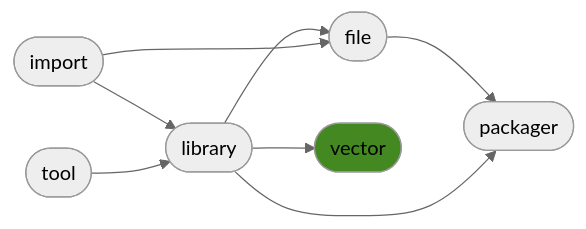
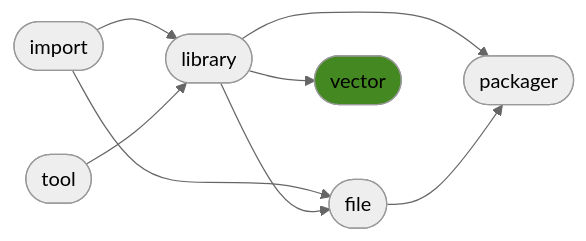
Before and after one commit to ManderaGeneral/generalvector: the diagram in README.md, drawn with Mermaid (neutral theme). The commit also changed other lines of this file, not shown here.

````diff
--- a/README.md
+++ b/README.md
@@ -24,17 +24,17 @@
 ```mermaid
 flowchart LR
+0([import]) --> 2([library])
+0([import]) --> 3([file])
+2([library]) --> 4([vector])
+1([tool]) --> 2([library])
+2([library]) --> 3([file])
+2([library]) --> 5([packager])
 3([file]) --> 5([packager])
-2([library]) --> 5([packager])
-2([library]) --> 3([file])
-0([import]) --> 2([library])
-1([tool]) --> 2([library])
-2([library]) --> 4([vector])
-0([import]) --> 3([file])
 click 0 "https://github.com/ManderaGeneral/generalimport"
 click 1 "https://github.com/ManderaGeneral/generaltool"
 click 2 "https://github.com/ManderaGeneral/generallibrary"
 click 3 "https://github.com/ManderaGeneral/generalfile"
 click 4 "https://github.com/ManderaGeneral/generalvector"
 click 5 "https://github.com/ManderaGeneral/generalpackager"
 style 4 fill:#482
 ```
````
